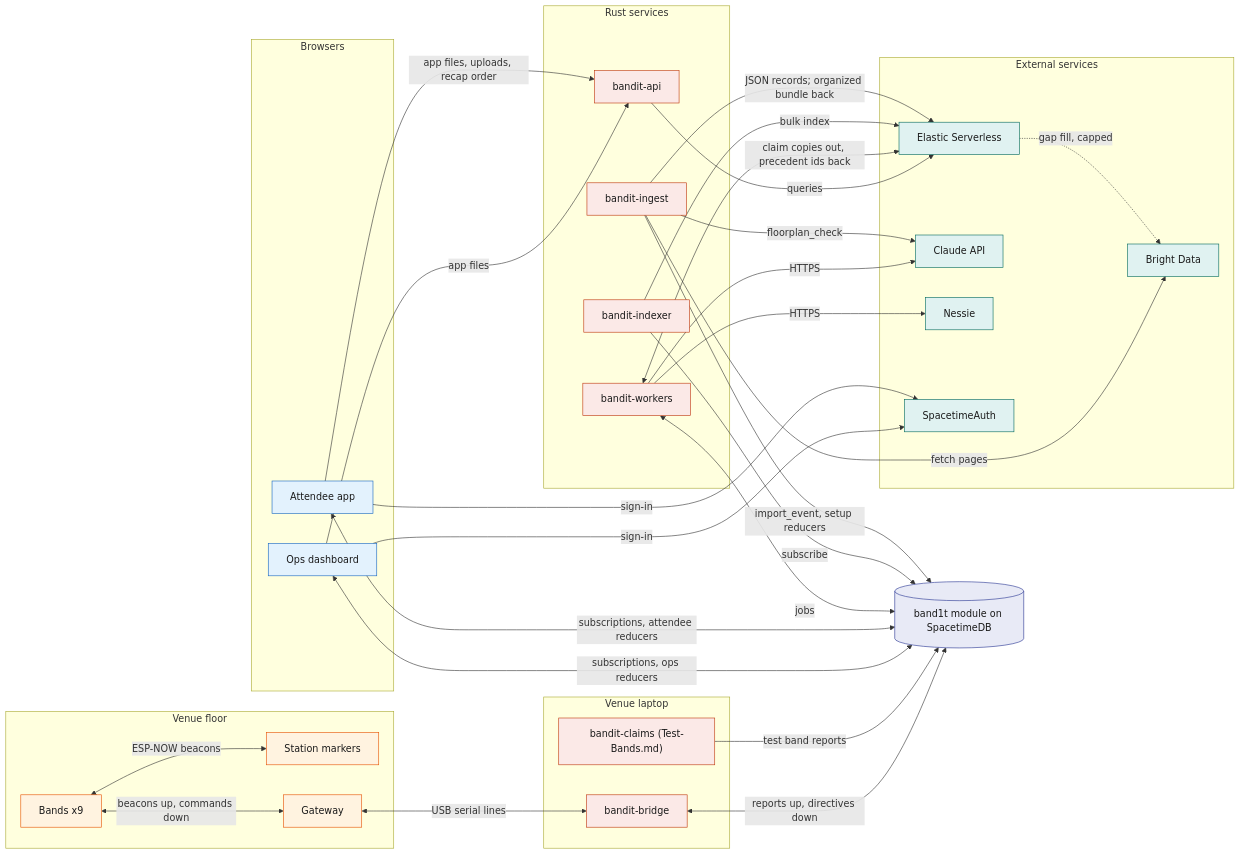
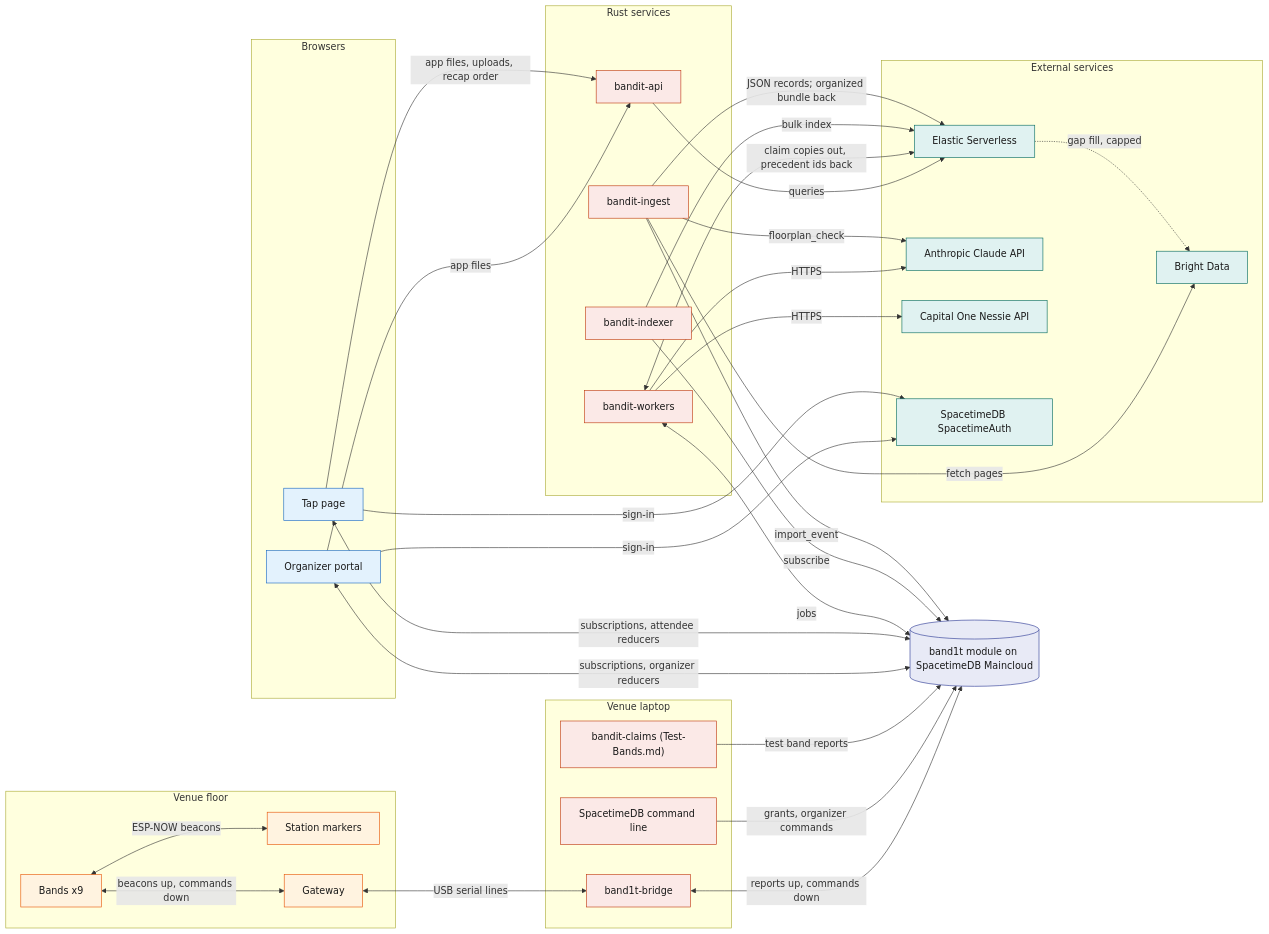
The second of 5 diagrams in System Design/1-overview/Architecture.md (viktorinkov/cal-hacks-13), drawn with Mermaid before and after one commit. The commit also changed other lines of this file and 26 other files, not shown here.

Commit message:
system design: exit markers and one word for one thing

````diff
--- a/System Design/1-overview/Architecture.md
+++ b/System Design/1-overview/Architecture.md
@@ -95,65 +100,67 @@
 ```mermaid
 flowchart LR
   subgraph Venue["Venue floor"]
     Bands["Bands x9"]
-    Stations["Station markers"]
+    StationMarkers["Station markers"]
     Gateway["Gateway"]
   end
   subgraph Laptop["Venue laptop"]
-    Bridge["bandit-bridge"]
+    Bridge["band1t-bridge"]
+    CLI["SpacetimeDB command line"]
     Sim["bandit-claims (Test-Bands.md)"]
   end
-  STDB[("band1t module on SpacetimeDB")]
+  STDB[("band1t module on SpacetimeDB Maincloud")]
   subgraph Apps["Browsers"]
-    Ops["Ops dashboard"]
-    App["Attendee app"]
+    Portal["Organizer portal"]
+    App["Tap page"]
   end
   subgraph Services["Rust services"]
     API["bandit-api"]
     Workers["bandit-workers"]
     Indexer["bandit-indexer"]
     Ingest["bandit-ingest"]
   end
   subgraph SaaS["External services"]
     Elastic["Elastic Serverless"]
-    Claude["Claude API"]
-    Nessie["Nessie"]
+    AnthropicAPI["Anthropic Claude API"]
+    NessieAPI["Capital One Nessie API"]
     Bright["Bright Data"]
-    Auth["SpacetimeAuth"]
+    Auth["SpacetimeDB SpacetimeAuth"]
   end
 
-  Bands <-->|"ESP-NOW beacons"| Stations
+  Bands <-->|"ESP-NOW beacons"| StationMarkers
   Bands <-->|"beacons up, commands down"| Gateway
   Gateway <-->|"USB serial lines"| Bridge
-  Bridge <-->|"reports up, directives down"| STDB
+  Bridge <-->|"reports up, commands down"| STDB
+  CLI -->|"grants, organizer commands"| STDB
   Sim -->|"test band reports"| STDB
-  Ops <-->|"subscriptions, ops reducers"| STDB
+  Portal <-->|"subscriptions, organizer reducers"| STDB
   App <-->|"subscriptions, attendee reducers"| STDB
-  Ops -->|"app files"| API
+  Portal -->|"app files"| API
   App -->|"app files, uploads, recap order"| API
-  Ops -->|"sign-in"| Auth
+  Portal -->|"sign-in"| Auth
   App -->|"sign-in"| Auth
   API -->|"queries"| Elastic
   Workers <-->|"jobs"| STDB
-  Workers -->|"HTTPS"| Claude
-  Workers -->|"HTTPS"| Nessie
+  Workers -->|"HTTPS"| AnthropicAPI
+  Workers -->|"HTTPS"| NessieAPI
   Workers <-->|"claim copies out, precedent ids back"| Elastic
   Indexer -->|"subscribe"| STDB
   Indexer -->|"bulk index"| Elastic
   Ingest -->|"fetch pages"| Bright
-  Ingest -->|"floorplan_check"| Claude
+  Ingest -->|"floorplan_check"| AnthropicAPI
   Ingest -->|"JSON records; organized bundle back"| Elastic
   Elastic -.->|"gap fill, capped"| Bright
-  Ingest -->|"import_event, setup reducers"| STDB
+  Ingest -->|"import_event"| STDB
 
   classDef device fill:#FFF3E0,stroke:#E65100,color:#1A1A1A
   classDef rust fill:#FBE9E7,stroke:#BF360C,color:#1A1A1A
   classDef stdb fill:#E8EAF6,stroke:#283593,color:#1A1A1A
   classDef web fill:#E3F2FD,stroke:#1565C0,color:#1A1A1A
   classDef ext fill:#E0F2F1,stroke:#00695C,color:#1A1A1A
-  class Bands,Stations,Gateway device
-  class Bridge,Sim,API,Workers,Indexer,Ingest rust
+  class Bands,StationMarkers,Gateway device
+  class Bridge,CLI,Sim,API,Workers,Indexer,Ingest rust
   class STDB stdb
-  class Ops,App web
-  class Elastic,Claude,Nessie,Bright,Auth ext
+  class Portal,App web
+  class Elastic,AnthropicAPI,NessieAPI,Bright,Auth ext
 ```
````
